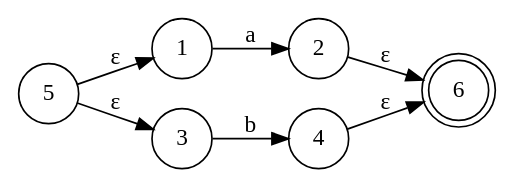
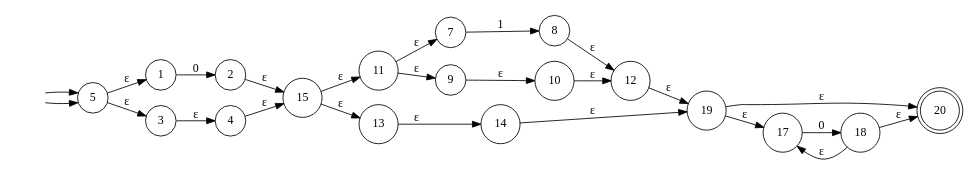
Before and after one commit to donmatthiuz/Laboratorios_Teoria_Computacion-: the diagram in automata.gv, drawn with Graphviz. The commit also changed 9 other files, not shown here.

Commit message:
feat: Complete graphic

```diff
--- a/automata.gv
+++ b/automata.gv
@@ -1,12 +1,32 @@
 digraph finite_state_machine {
 	rankdir=LR size="8,5"
 	node [shape=doublecircle]
-	6
+	20
 	node [shape=circle]
+	"" [style=invis]
+	"" -> 5
 	5 -> 1 [label="ε"]
+	"" [style=invis]
+	"" -> 5
 	5 -> 3 [label="ε"]
-	2 -> 6 [label="ε"]
-	4 -> 6 [label="ε"]
-	1 -> 2 [label=a]
-	3 -> 4 [label=b]
+	2 -> 15 [label="ε"]
+	4 -> 15 [label="ε"]
+	1 -> 2 [label=0]
+	3 -> 4 [label="ε"]
+	15 -> 11 [label="ε"]
+	15 -> 13 [label="ε"]
+	12 -> 19 [label="ε"]
+	14 -> 19 [label="ε"]
+	11 -> 7 [label="ε"]
+	11 -> 9 [label="ε"]
+	8 -> 12 [label="ε"]
+	10 -> 12 [label="ε"]
+	7 -> 8 [label=1]
+	9 -> 10 [label="ε"]
+	13 -> 14 [label="ε"]
+	19 -> 17 [label="ε"]
+	18 -> 17 [label="ε"]
+	18 -> 20 [label="ε"]
+	19 -> 20 [label="ε"]
+	17 -> 18 [label=0]
 }
```
